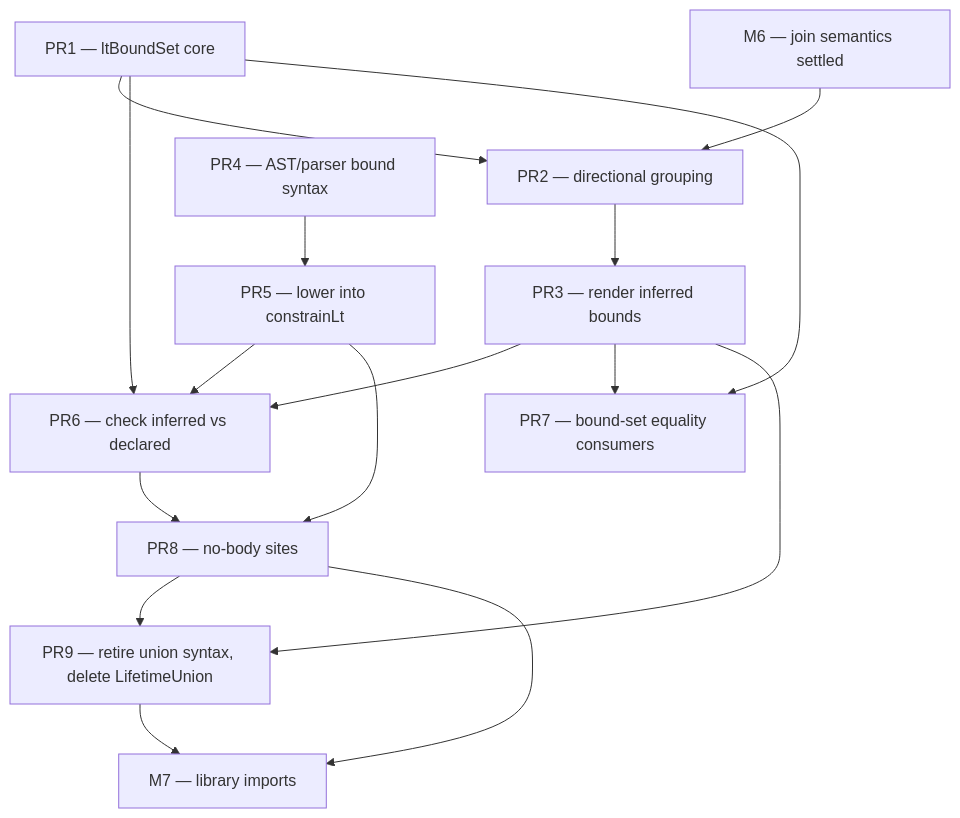
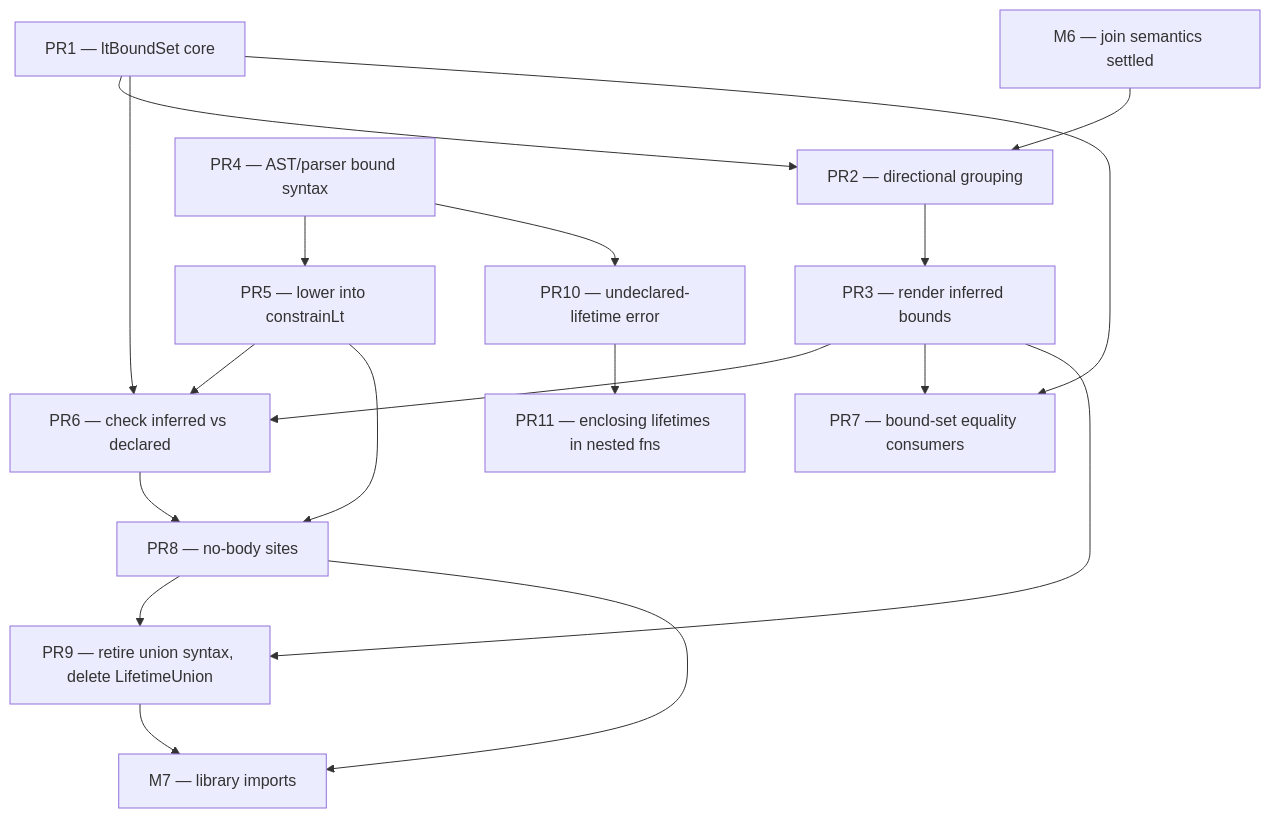
The diagram in planning/simple_sub/m6.5-implementation-plan.md (escalier-lang/escalier), drawn with Mermaid before and after one commit. The commit also changed other lines of this file and 4 other files, not shown here.

````diff
--- a/planning/simple_sub/m6.5-implementation-plan.md
+++ b/planning/simple_sub/m6.5-implementation-plan.md
@@ -545,18 +666,20 @@
 ```mermaid
 graph TD
     M6[M6 — join semantics settled] --> PR2
     PR1[PR1 — ltBoundSet core] --> PR2[PR2 — directional grouping]
     PR2 --> PR3[PR3 — render inferred bounds]
     PR4[PR4 — AST/parser bound syntax] --> PR5[PR5 — lower into constrainLt]
+    PR4 --> PR10[PR10 — undeclared-lifetime error]
+    PR10 --> PR11[PR11 — enclosing lifetimes in nested fns]
     PR1 --> PR6
     PR3 --> PR6[PR6 — check inferred vs declared]
     PR5 --> PR6
     PR1 --> PR7[PR7 — bound-set equality consumers]
     PR3 --> PR7
     PR5 --> PR8[PR8 — no-body sites]
     PR6 --> PR8
     PR3 --> PR9[PR9 — retire union syntax, delete LifetimeUnion]
     PR8 --> PR9
     PR8 --> M7[M7 — library imports]
     PR9 --> M7
 ```
````
